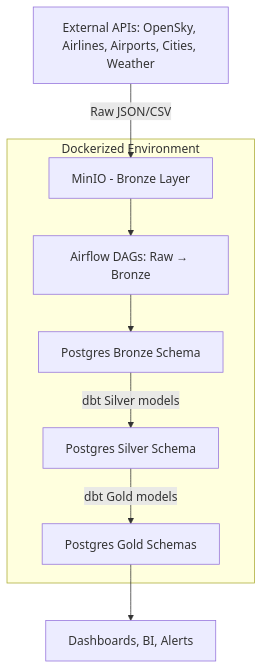
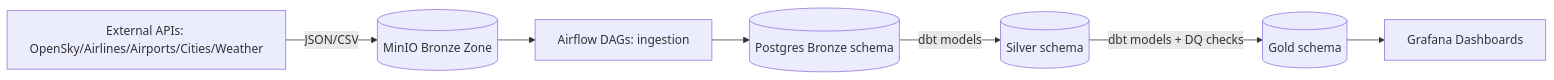
The diagram in README.md (asdhamidi/WingWatch), drawn with Mermaid before and after one commit. The commit also changed other lines of this file, not shown here.

````diff
--- a/README.md
+++ b/README.md
@@ -47,17 +50,9 @@
 ```mermaid
-graph TD
-    A[External APIs: OpenSky, Airlines, Airports, Cities, Weather] -->|Raw JSON/CSV| B[MinIO - Bronze Layer]
-    B --> C[Airflow DAGs: Raw → Bronze]
-    C --> D[Postgres Bronze Schema]
-    D -->|dbt Silver models| E[Postgres Silver Schema]
-    E -->|dbt Gold models| F[Postgres Gold Schemas]
-    F --> G[Dashboards, BI, Alerts]
-
-    subgraph Dockerized Environment
-    B
-    C
-    D
-    E
-    F
-    end
+graph LR
+    API[External APIs: OpenSky/Airlines/Airports/Cities/Weather] -->|JSON/CSV| MinIO[(MinIO Bronze Zone)]
+    MinIO --> AirflowDAG[Airflow DAGs: ingestion]
+    AirflowDAG --> PG1[(Postgres Bronze schema)]
+    PG1 -->|dbt models| PG2[(Silver schema)]
+    PG2 -->|dbt models + DQ checks| PG3[(Gold schema)]
+    PG3 --> Grafana[Grafana Dashboards]
 ```
````
